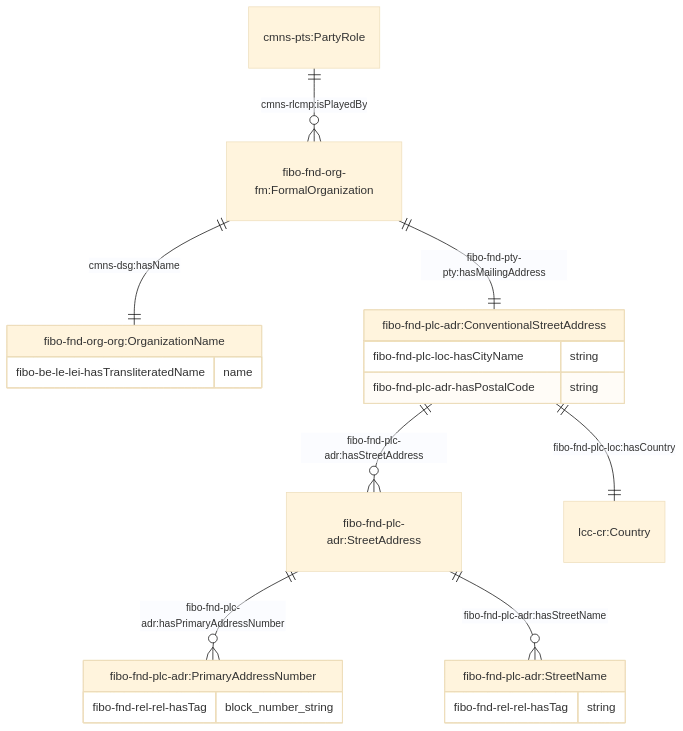
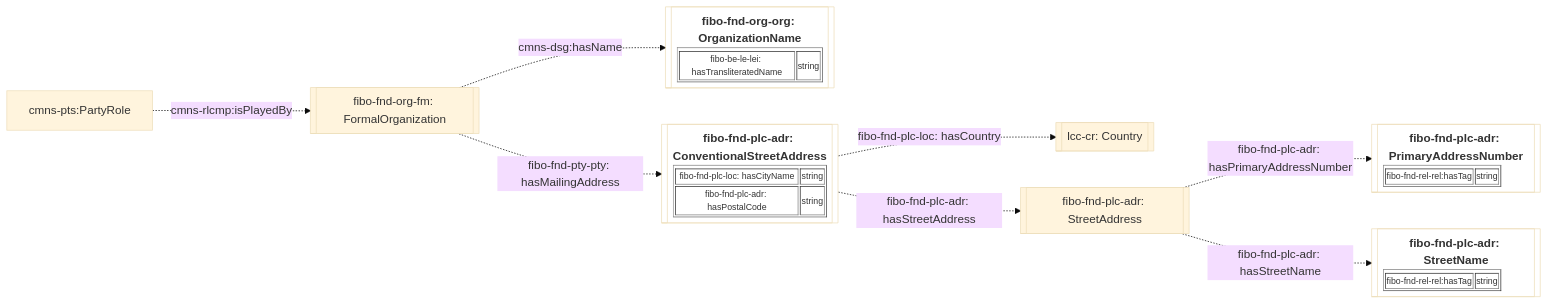
The third of 6 diagrams in JPS_Ontology/ontology/ontoprofile/README.MD (cambridge-cares/TheWorldAvatar), drawn with Mermaid (base theme) before and after one commit. The commit also changed other lines of this file, not shown here.

Commit message:
dev-service-execution-ontology-extension: move to flow chart for ontology diagrams in ontoprofile

````diff
--- a/JPS_Ontology/ontology/ontoprofile/README.MD
+++ b/JPS_Ontology/ontology/ontoprofile/README.MD
@@ -71,27 +98,17 @@
 ```mermaid
-    erDiagram
-    "fibo-fnd-org-fm:FormalOrganization" ||--|| "fibo-fnd-org-org:OrganizationName" : "cmns-dsg:hasName"
-    "fibo-fnd-org-org:OrganizationName" {
-        fibo-be-le-lei-hasTransliteratedName name
-    }
+flowchart LR
+    %% Styling
+    classDef literal fill:none
 
-    "fibo-fnd-org-fm:FormalOrganization" ||--|| "fibo-fnd-plc-adr:ConventionalStreetAddress" : "fibo-fnd-pty-pty:hasMailingAddress"
-    "fibo-fnd-plc-adr:ConventionalStreetAddress" ||--o{ "fibo-fnd-plc-adr:StreetAddress" : "fibo-fnd-plc-adr:hasStreetAddress"
-    "fibo-fnd-plc-adr:ConventionalStreetAddress" ||--|| "lcc-cr:Country" : "fibo-fnd-plc-loc:hasCountry"
-    "fibo-fnd-plc-adr:ConventionalStreetAddress" {
-        fibo-fnd-plc-loc-hasCityName string
-        fibo-fnd-plc-adr-hasPostalCode string
-    }
+    %% Diagram
+    cmns-pts:PartyRole -. cmns-rlcmp:isPlayedBy .-> Organisation[[fibo-fnd-org-fm: FormalOrganization]]
+    Organisation -. cmns-dsg:hasName .-> OrganizationName[["<table border='1' style='font-size:0.75rem;'><tr style='font-size:1.25rem;'><b>fibo-fnd-org-org: OrganizationName</b></tr><tr><td>fibo-be-le-lei: hasTransliteratedName</td><td>string</td></tr></table>"]]:::literal
 
-    "fibo-fnd-plc-adr:StreetAddress" ||--o{ "fibo-fnd-plc-adr:PrimaryAddressNumber" : "fibo-fnd-plc-adr:hasPrimaryAddressNumber"
-    "fibo-fnd-plc-adr:StreetAddress" ||--o{ "fibo-fnd-plc-adr:StreetName" : "fibo-fnd-plc-adr:hasStreetName"
+    Organisation -. fibo-fnd-pty-pty: hasMailingAddress .-> ConventionalStreetAddress[["<table border='1' style='font-size:0.75rem;'><tr style='font-size:1.25rem;'><b>fibo-fnd-plc-adr: ConventionalStreetAddress</b></tr><tr><td>fibo-fnd-plc-loc: hasCityName</td><td>string</td></tr><tr><td>fibo-fnd-plc-adr: hasPostalCode</td><td>string</td></tr></table>"]]:::literal
 
-    "fibo-fnd-plc-adr:PrimaryAddressNumber" {
-        fibo-fnd-rel-rel-hasTag block_number_string
-    }
-    "fibo-fnd-plc-adr:StreetName" {
-        fibo-fnd-rel-rel-hasTag string
-    }
+    ConventionalStreetAddress -. fibo-fnd-plc-loc: hasCountry .-> Country[[lcc-cr: Country]]
+    ConventionalStreetAddress -. fibo-fnd-plc-adr: hasStreetAddress .-> StreetAddress[[fibo-fnd-plc-adr: StreetAddress]]
 
-    "cmns-pts:PartyRole" ||--o{ "fibo-fnd-org-fm:FormalOrganization"  : "cmns-rlcmp:isPlayedBy"
+    StreetAddress -. fibo-fnd-plc-adr: hasPrimaryAddressNumber .-> PrimaryAddressNumber[["<table border='1' style='font-size:0.75rem;'><tr style='font-size:1.25rem;'><b>fibo-fnd-plc-adr: PrimaryAddressNumber</b></tr><tr><td>fibo-fnd-rel-rel:hasTag</td><td>string</td></tr></table>"]]:::literal
+    StreetAddress -. fibo-fnd-plc-adr: hasStreetName .-> StreetName[["<table border='1' style='font-size:0.75rem;'><tr style='font-size:1.25rem;'><b>fibo-fnd-plc-adr: StreetName</b></tr><tr><td>fibo-fnd-rel-rel:hasTag</td><td>string</td></tr></table>"]]:::literal
 ```
````
